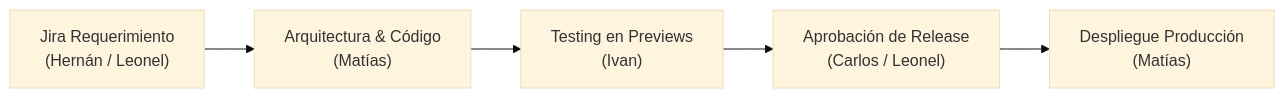
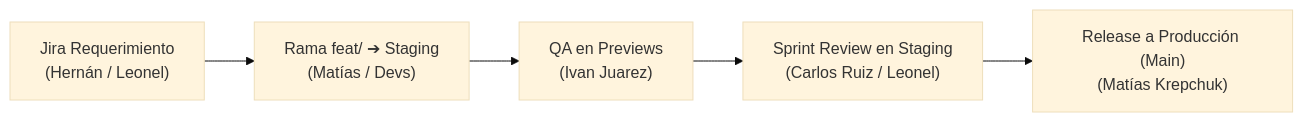
The second of 2 diagrams in wiki/04-roles-y-gobernanza.md (Mathiiuk/reportalo.mvp), drawn with Mermaid (base theme) before and after one commit. The commit also changed other lines of this file and 8 other files, not shown here.

````diff
--- a/wiki/04-roles-y-gobernanza.md
+++ b/wiki/04-roles-y-gobernanza.md
@@ -46,7 +46,7 @@
 ```mermaid
 flowchart LR
-    A["Jira Requerimiento<br>(Hernán / Leonel)"] --> B["Arquitectura & Código<br>(Matías)"]
-    B --> C["Testing en Previews<br>(Ivan)"]
-    C --> D["Aprobación de Release<br>(Carlos / Leonel)"]
-    D --> E["Despliegue Producción<br>(Matías)"]
+    A["Jira Requerimiento<br>(Hernán / Leonel)"] --> B["Rama feat/ ➔ Staging<br>(Matías / Devs)"]
+    B --> C["QA en Previews<br>(Ivan Juarez)"]
+    C --> D["Sprint Review en Staging<br>(Carlos Ruiz / Leonel)"]
+    D --> E["Release a Producción (Main)<br>(Matías Krepchuk)"]
 ```
````
